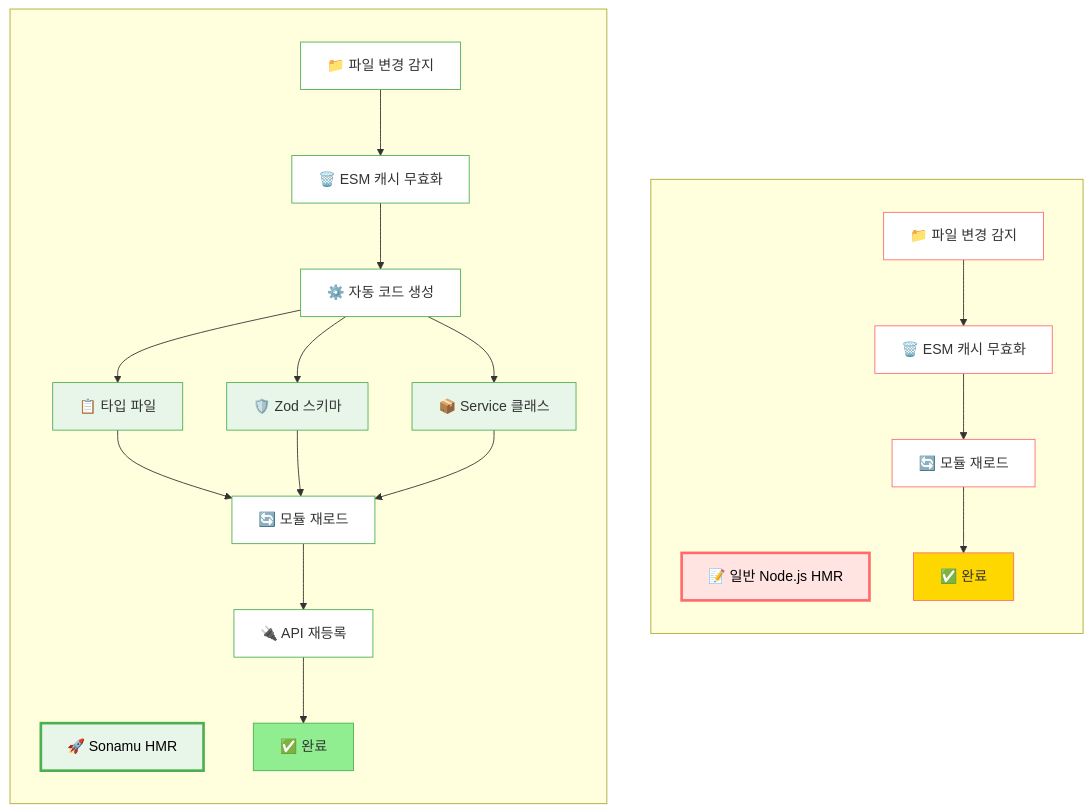
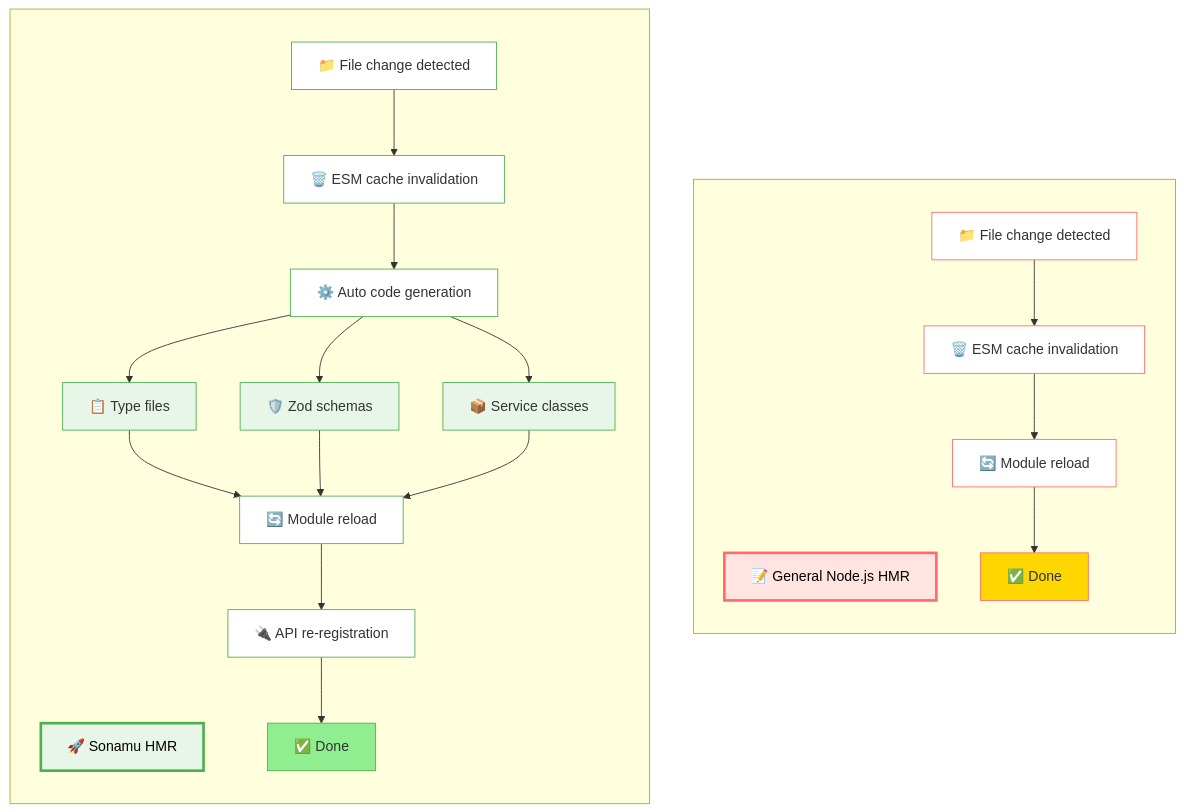
Before and after one commit to cartanova-ai/sonamu: the first of 3 diagrams in modules/docs/en/tools-and-cli/hmr/how-hmr-works.mdx, drawn with Mermaid. The commit also changed other lines of this file and 86 other files, not shown here.

````diff
--- a/modules/docs/en/tools-and-cli/hmr/how-hmr-works.mdx
+++ b/modules/docs/en/tools-and-cli/hmr/how-hmr-works.mdx
@@ -69,42 +69,42 @@
 ```mermaid
 graph TD
     subgraph general[" "]
         direction TB
-        GT["📝 일반 Node.js HMR"]
-        GA["📁 파일 변경 감지"] --> GB["🗑️ ESM 캐시 무효화"]
-        GB --> GC["🔄 모듈 재로드"]
-        GC --> GD["✅ 완료"]
-        
+        GT["📝 General Node.js HMR"]
+        GA["📁 File change detected"] --> GB["🗑️ ESM cache invalidation"]
+        GB --> GC["🔄 Module reload"]
+        GC --> GD["✅ Done"]
+
         style GT fill:#FFE4E1,stroke:#FF6B6B,stroke-width:3px,color:#000
         style GA fill:#FFF,stroke:#FF6B6B
         style GB fill:#FFF,stroke:#FF6B6B
         style GC fill:#FFF,stroke:#FF6B6B
         style GD fill:#ffd700,stroke:#FF6B6B
     end
-    
+
     subgraph sonamu[" "]
         direction TB
         ST["🚀 Sonamu HMR"]
-        SA["📁 파일 변경 감지"] --> SB["🗑️ ESM 캐시 무효화"]
-        SB --> SC["⚙️ 자동 코드 생성"]
-        SC --> SD["📋 타입 파일"]
-        SC --> SE["🛡️ Zod 스키마"]
-        SC --> SF["📦 Service 클래스"]
-        SD --> SG["🔄 모듈 재로드"]
+        SA["📁 File change detected"] --> SB["🗑️ ESM cache invalidation"]
+        SB --> SC["⚙️ Auto code generation"]
+        SC --> SD["📋 Type files"]
+        SC --> SE["🛡️ Zod schemas"]
+        SC --> SF["📦 Service classes"]
+        SD --> SG["🔄 Module reload"]
         SE --> SG
         SF --> SG
-        SG --> SH["🔌 API 재등록"]
-        SH --> SI["✅ 완료"]
-        
+        SG --> SH["🔌 API re-registration"]
+        SH --> SI["✅ Done"]
+
         style ST fill:#E8F5E9,stroke:#4CAF50,stroke-width:3px,color:#000
         style SA fill:#FFF,stroke:#4CAF50
         style SB fill:#FFF,stroke:#4CAF50
         style SC fill:#FFF,stroke:#4CAF50
         style SD fill:#E8F5E9,stroke:#4CAF50
         style SE fill:#E8F5E9,stroke:#4CAF50
         style SF fill:#E8F5E9,stroke:#4CAF50
         style SG fill:#FFF,stroke:#4CAF50
         style SH fill:#FFF,stroke:#4CAF50
         style SI fill:#90EE90,stroke:#4CAF50
     end
 ```
````
